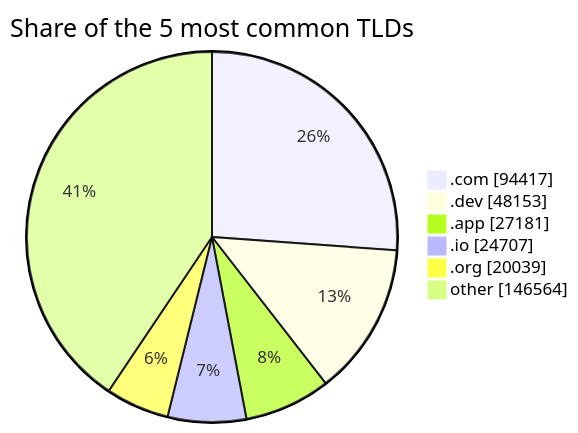
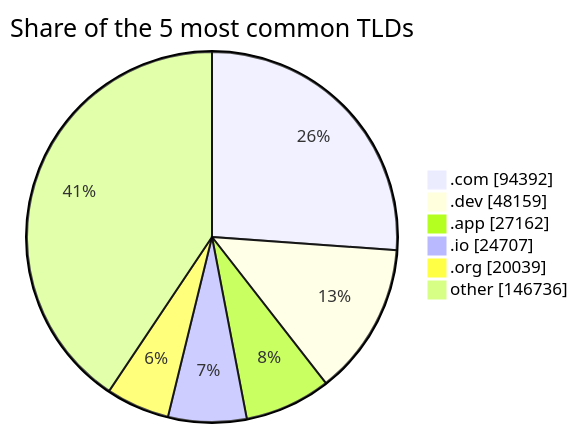
One commit to DNSBunker/CTI changed the third of 3 diagrams in README.md. Above: the diagram before and after it, drawn with Mermaid. The commit also changed other lines of this file and 3 other files, not shown here.

````diff
--- a/README.md
+++ b/README.md
@@ -81,9 +81,9 @@
 ```mermaid
 pie showData title Share of the 5 most common TLDs
-    ".com" : 94417
-    ".dev" : 48153
-    ".app" : 27181
+    ".com" : 94392
+    ".dev" : 48159
+    ".app" : 27162
     ".io" : 24707
     ".org" : 20039
-    "other" : 146564
+    "other" : 146736
 ```
````
